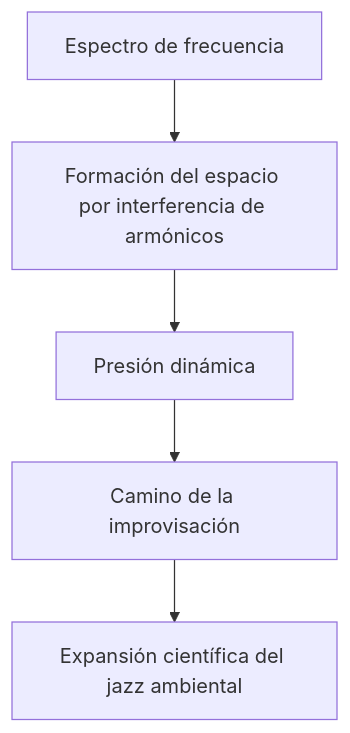
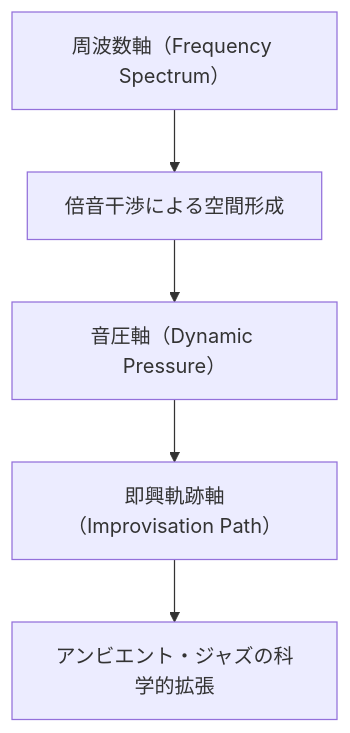
The first of 2 diagrams in es/_posts/2025-10-29-column-floating-points.md (monumental-movement/monumental-movement.github.io), drawn with Mermaid before and after one commit. The commit also changed other lines of this file and 299 other files, not shown here.

```diff
--- a/es/_posts/2025-10-29-column-floating-points.md
+++ b/es/_posts/2025-10-29-column-floating-points.md
@@ -85,10 +85,10 @@
 <div class="mermaid">
 
 graph TD
-    A["Espectro de frecuencia"] --> B["Formación del espacio por interferencia de armónicos"]
-    B --> C["Presión dinámica"]
-    C --> D["Camino de la improvisación"]
-    D --> E["Expansión científica del jazz ambiental"]
+    A["周波数軸（Frequency Spectrum）"] --> B["倍音干渉による空間形成"]
+    B --> C["音圧軸（Dynamic Pressure）"]
+    C --> D["即興軌跡軸（Improvisation Path）"]
+    D --> E["アンビエント・ジャズの科学的拡張"]
 
 
 </div>
```
